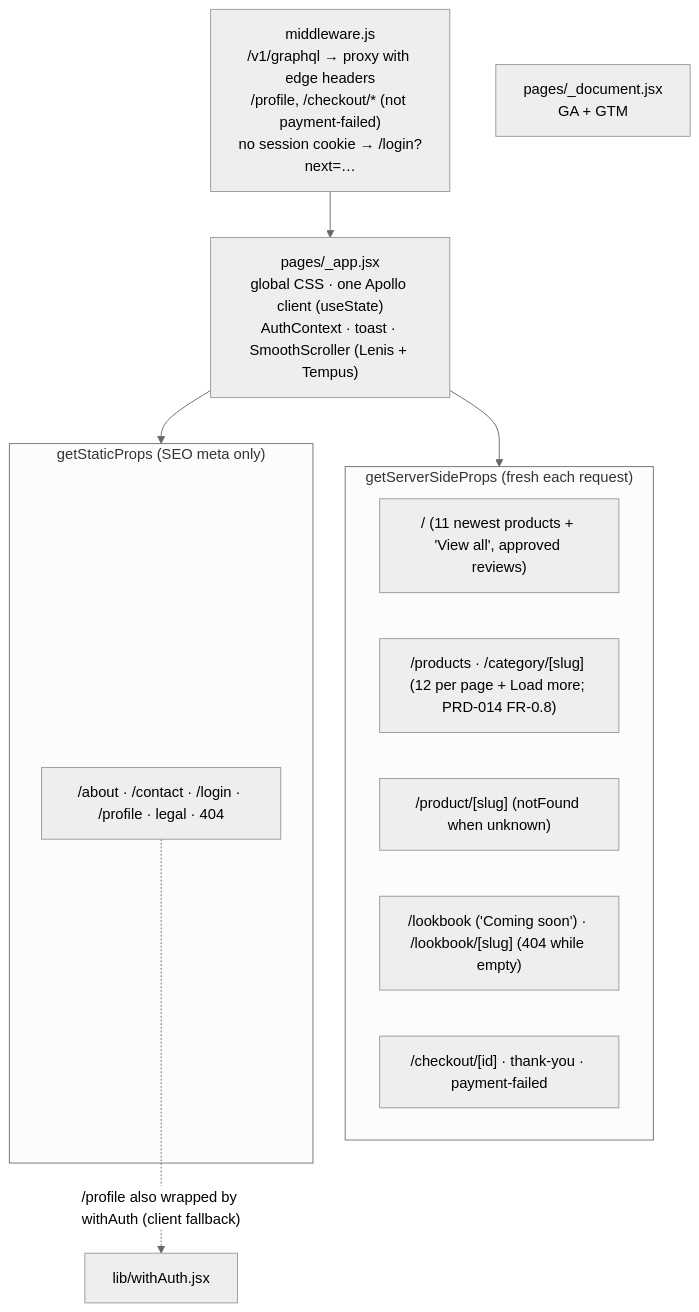
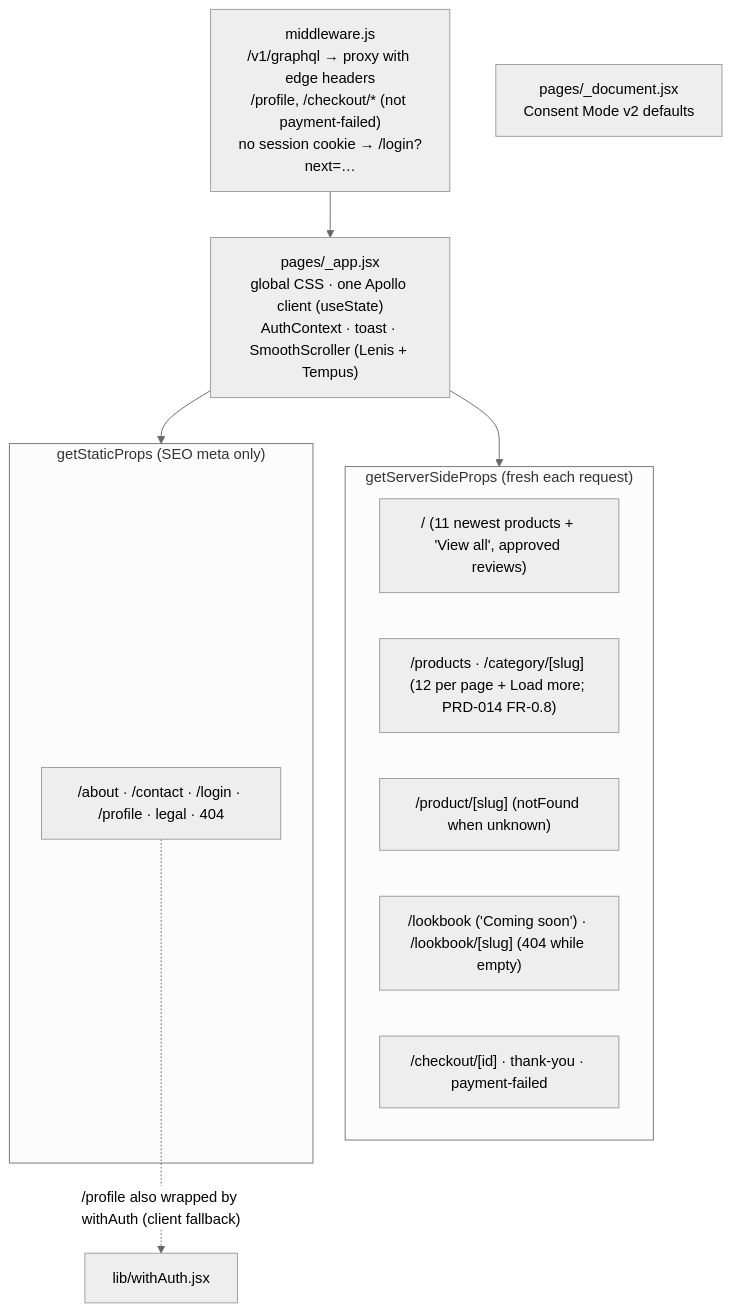
The second of 6 diagrams in docs/architecture/solution-architecture.md (Zerror-Studios/deveshe), drawn with Mermaid (neutral theme) before and after one commit. The commit also changed other lines of this file and 70 other files, not shown here.

````diff
--- a/docs/architecture/solution-architecture.md
+++ b/docs/architecture/solution-architecture.md
@@ -27,19 +27,19 @@
 ```mermaid
 flowchart TB
     MW["middleware.js<br/>/v1/graphql → proxy with edge headers<br/>/profile, /checkout/* (not payment-failed)<br/>no session cookie → /login?next=…"]
     APP["pages/_app.jsx<br/>global CSS · one Apollo client (useState)<br/>AuthContext · toast · SmoothScroller (Lenis + Tempus)"]
-    DOC["pages/_document.jsx<br/>GA + GTM"]
+    DOC["pages/_document.jsx<br/>Consent Mode v2 defaults"]
     subgraph SSR["getServerSideProps (fresh each request)"]
         IDX["/ (11 newest products + 'View all', approved reviews)"]
         PL["/products · /category/[slug] (12 per page + Load more; PRD-014 FR-0.8)"]
         PD["/product/[slug] (notFound when unknown)"]
         LB["/lookbook ('Coming soon') · /lookbook/[slug] (404 while empty)"]
         CO["/checkout/[id] · thank-you · payment-failed"]
     end
     subgraph SSG["getStaticProps (SEO meta only)"]
         ST["/about · /contact · /login · /profile · legal · 404"]
     end
     MW --> APP
     APP --> SSR & SSG
     ST -. "/profile also wrapped by withAuth (client fallback)" .-> WA["lib/withAuth.jsx"]
 ```
````
